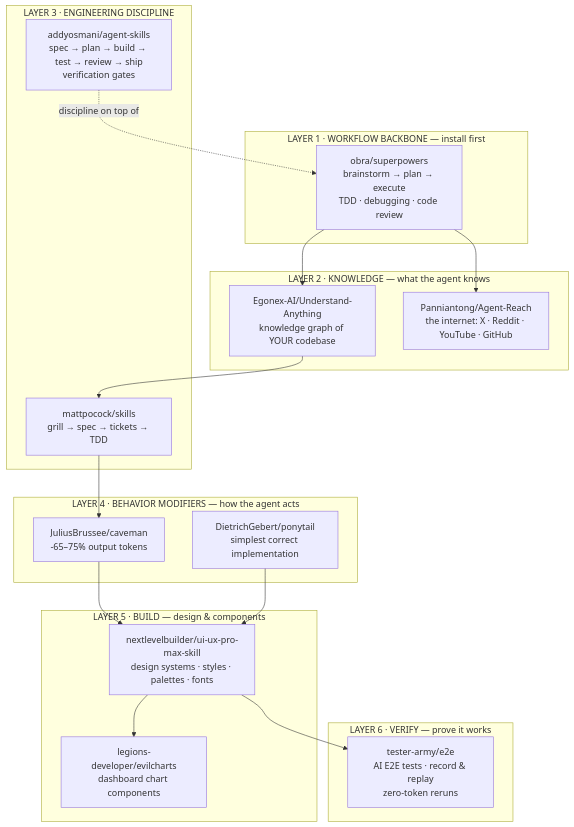
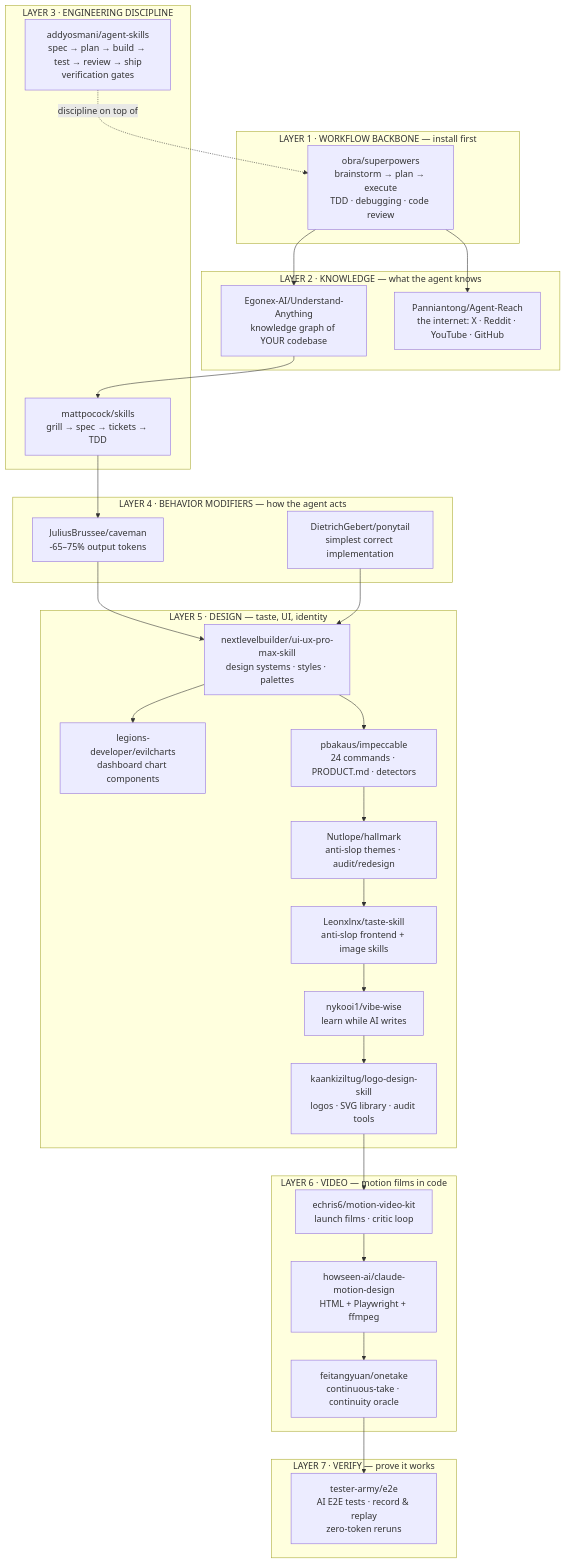
Before and after one commit to aaronjoseph94/aarons-skill-stack: the diagram in README.md, drawn with Mermaid. The commit also changed other lines of this file and 2 other files, not shown here.

First line of the commit message:
Add Design and Video skill packs to the stack.

````diff
--- a/README.md
+++ b/README.md
@@ -50,35 +51,53 @@
 ```mermaid
 flowchart TB
     subgraph L1["LAYER 1 · WORKFLOW BACKBONE — install first"]
         SP["obra/superpowers<br/>brainstorm → plan → execute<br/>TDD · debugging · code review"]
     end
     subgraph L2["LAYER 2 · KNOWLEDGE — what the agent knows"]
         UA["Egonex-AI/Understand-Anything<br/>knowledge graph of YOUR codebase"]
         AR["Panniantong/Agent-Reach<br/>the internet: X · Reddit · YouTube · GitHub"]
     end
     subgraph L3["LAYER 3 · ENGINEERING DISCIPLINE"]
         MP["mattpocock/skills<br/>grill → spec → tickets → TDD"]
         AO["addyosmani/agent-skills<br/>spec → plan → build → test → review → ship<br/>verification gates"]
     end
     subgraph L4["LAYER 4 · BEHAVIOR MODIFIERS — how the agent acts"]
         CV["JuliusBrussee/caveman<br/>-65–75% output tokens"]
         PT["DietrichGebert/ponytail<br/>simplest correct implementation"]
     end
-    subgraph L5["LAYER 5 · BUILD — design & components"]
-        UX["nextlevelbuilder/ui-ux-pro-max-skill<br/>design systems · styles · palettes · fonts"]
+    subgraph L5["LAYER 5 · DESIGN — taste, UI, identity"]
+        UX["nextlevelbuilder/ui-ux-pro-max-skill<br/>design systems · styles · palettes"]
         EC["legions-developer/evilcharts<br/>dashboard chart components"]
+        IM["pbakaus/impeccable<br/>24 commands · PRODUCT.md · detectors"]
+        HM["Nutlope/hallmark<br/>anti-slop themes · audit/redesign"]
+        TS["Leonxlnx/taste-skill<br/>anti-slop frontend + image skills"]
+        VW["nykooi1/vibe-wise<br/>learn while AI writes"]
+        LG["kaankiziltug/logo-design-skill<br/>logos · SVG library · audit tools"]
     end
-    subgraph L6["LAYER 6 · VERIFY — prove it works"]
+    subgraph L6["LAYER 6 · VIDEO — motion films in code"]
+        MV["echris6/motion-video-kit<br/>launch films · critic loop"]
+        MD["howseen-ai/claude-motion-design<br/>HTML + Playwright + ffmpeg"]
+        OT["feitangyuan/onetake<br/>continuous-take · continuity oracle"]
+    end
+    subgraph L7["LAYER 7 · VERIFY — prove it works"]
         E2E["tester-army/e2e<br/>AI E2E tests · record & replay<br/>zero-token reruns"]
     end
 
     SP --> UA
     SP --> AR
     UA --> MP
     MP --> CV
     AO -. discipline on top of .-> SP
     CV --> UX
     PT --> UX
     UX --> EC
-    UX --> E2E
+    UX --> IM
+    IM --> HM
+    HM --> TS
+    TS --> VW
+    VW --> LG
+    LG --> MV
+    MV --> MD
+    MD --> OT
+    OT --> E2E
 ```
````
